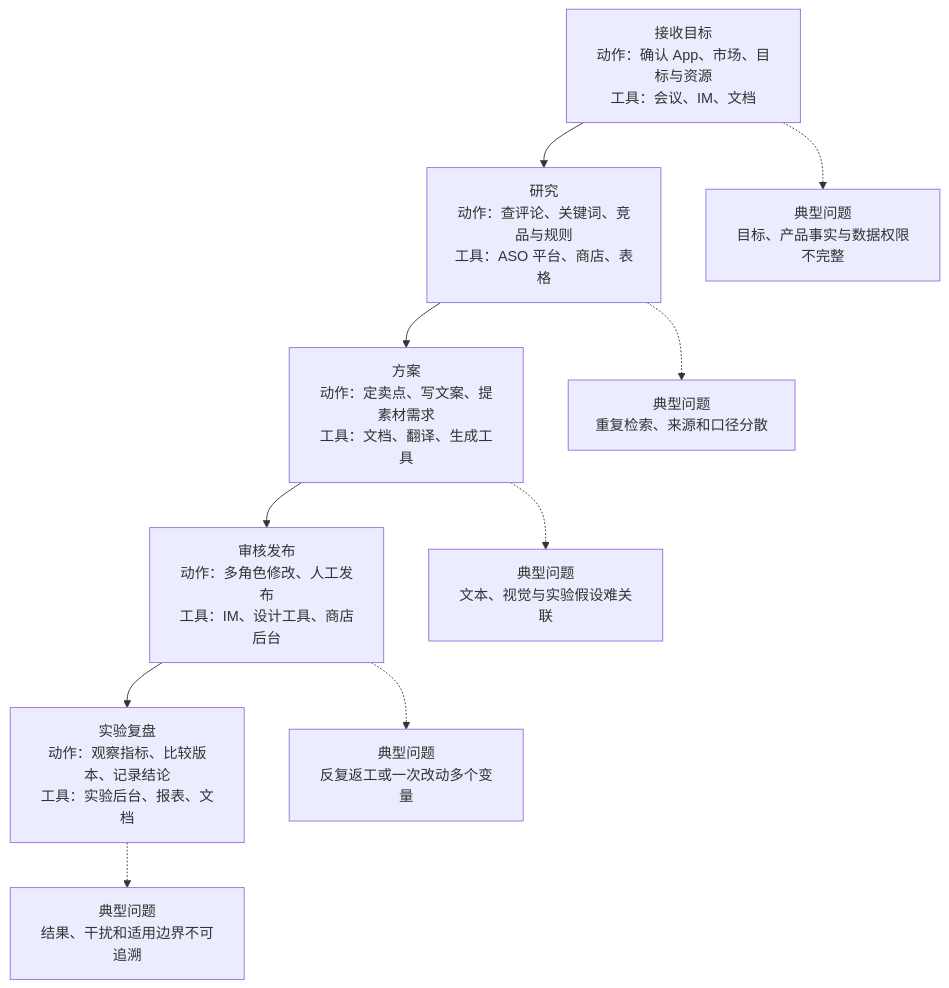
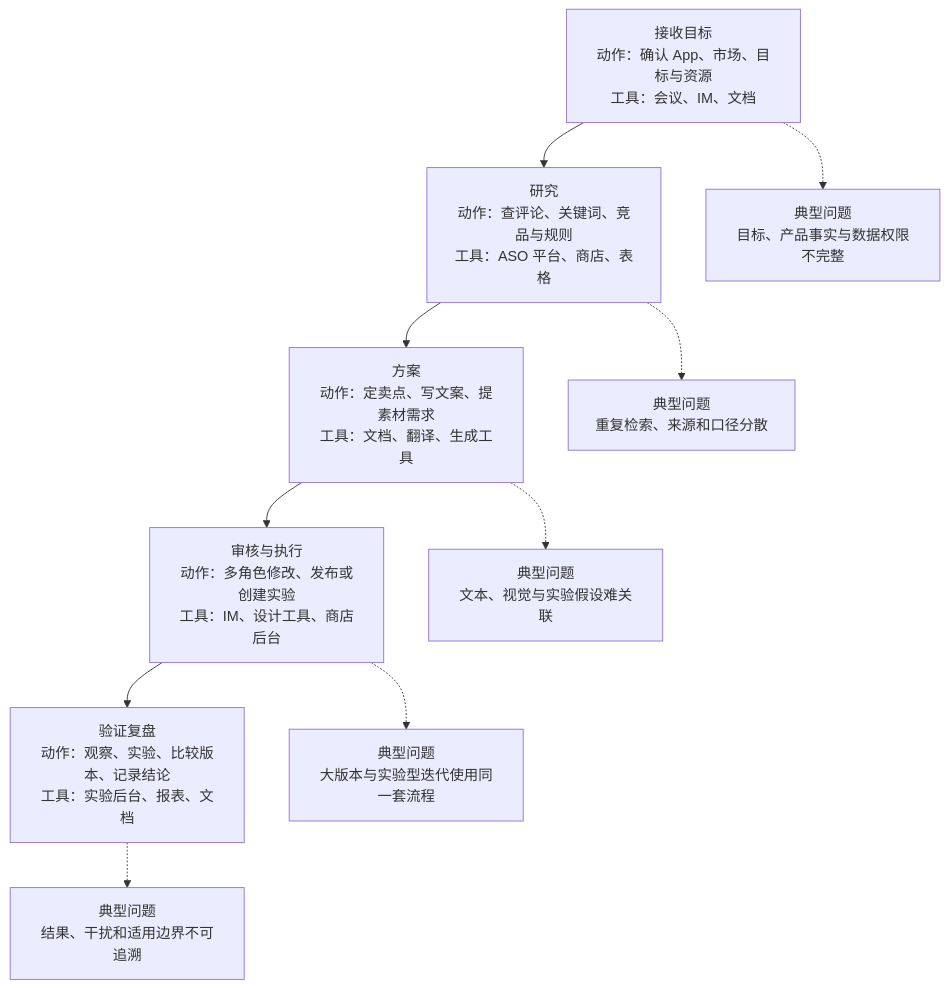
Before and after one commit to linkaka970105/ai-pm-adops-copilot: the fifth of 10 diagrams in 03_prd/global_aso_localization_agent_prd_v2/全球_ASO_与本地化增长_Agent_PRD_v2.md, drawn with Mermaid. The commit also changed other lines of this file and 1 other file, not shown here.

````diff
--- a/03_prd/global_aso_localization_agent_prd_v2/全球_ASO_与本地化增长_Agent_PRD_v2.md
+++ b/03_prd/global_aso_localization_agent_prd_v2/全球_ASO_与本地化增长_Agent_PRD_v2.md
@@ -352,21 +332,21 @@
 ```mermaid
 flowchart TB
     S1["接收目标<br/>动作：确认 App、市场、目标与资源<br/>工具：会议、IM、文档"]
     S2["研究<br/>动作：查评论、关键词、竞品与规则<br/>工具：ASO 平台、商店、表格"]
     S3["方案<br/>动作：定卖点、写文案、提素材需求<br/>工具：文档、翻译、生成工具"]
-    S4["审核发布<br/>动作：多角色修改、人工发布<br/>工具：IM、设计工具、商店后台"]
-    S5["实验复盘<br/>动作：观察指标、比较版本、记录结论<br/>工具：实验后台、报表、文档"]
+    S4["审核与执行<br/>动作：多角色修改、发布或创建实验<br/>工具：IM、设计工具、商店后台"]
+    S5["验证复盘<br/>动作：观察、实验、比较版本、记录结论<br/>工具：实验后台、报表、文档"]
 
     P1["典型问题<br/>目标、产品事实与数据权限不完整"]
     P2["典型问题<br/>重复检索、来源和口径分散"]
     P3["典型问题<br/>文本、视觉与实验假设难关联"]
-    P4["典型问题<br/>反复返工或一次改动多个变量"]
+    P4["典型问题<br/>大版本与实验型迭代使用同一套流程"]
     P5["典型问题<br/>结果、干扰和适用边界不可追溯"]
 
     S1 --> S2 --> S3 --> S4 --> S5
     S1 -.-> P1
     S2 -.-> P2
     S3 -.-> P3
     S4 -.-> P4
     S5 -.-> P5
 ```
````
